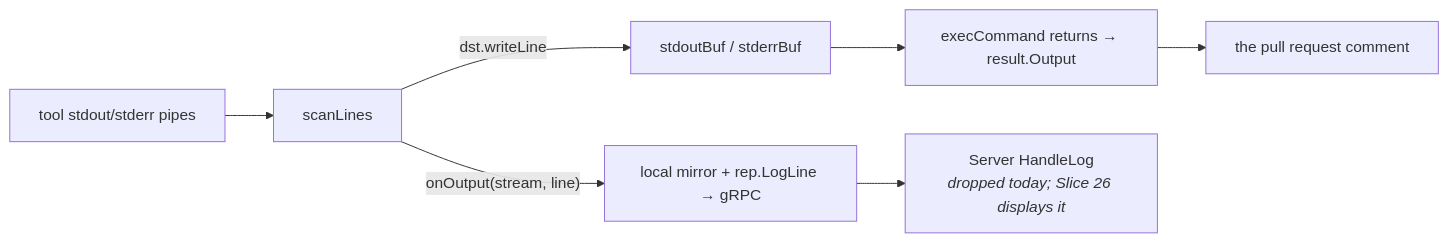
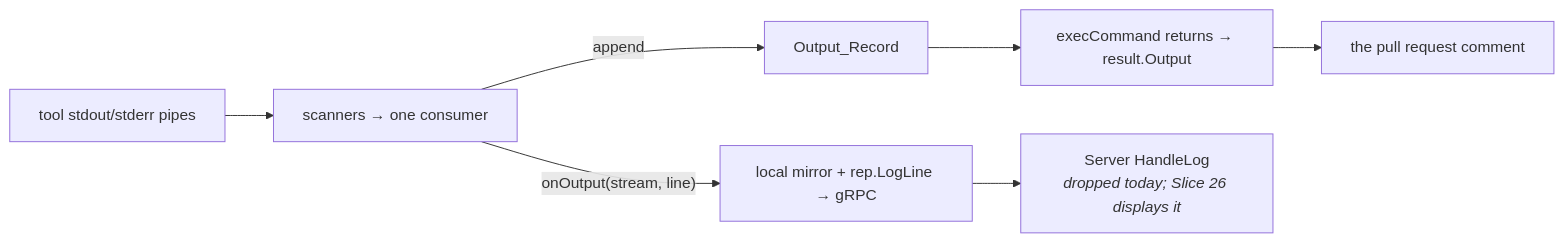
The first of 2 diagrams in .kiro/specs/execution-provenance/design.md (ivanvc/turnip), drawn with Mermaid before and after one commit. The commit also changed other lines of this file and 13 other files, not shown here.

Commit message:
refactor: output stdout/err as it happened

````diff
--- a/.kiro/specs/execution-provenance/design.md
+++ b/.kiro/specs/execution-provenance/design.md
@@ -22,9 +22,9 @@
 ```mermaid
 flowchart LR
-    P["tool stdout/stderr pipes"] --> S["scanLines"]
-    S -->|"dst.writeLine"| B["stdoutBuf / stderrBuf"]
+    P["tool stdout/stderr pipes"] --> S["scanners → one consumer"]
+    S -->|"append"| B["Output_Record"]
     S -->|"onOutput(stream, line)"| L["local mirror + rep.LogLine → gRPC"]
     B --> R["execCommand returns → result.Output"]
     R --> C["the pull request comment"]
     L --> D["Server HandleLog<br/><i>dropped today; Slice 26 displays it</i>"]
 ```
````
